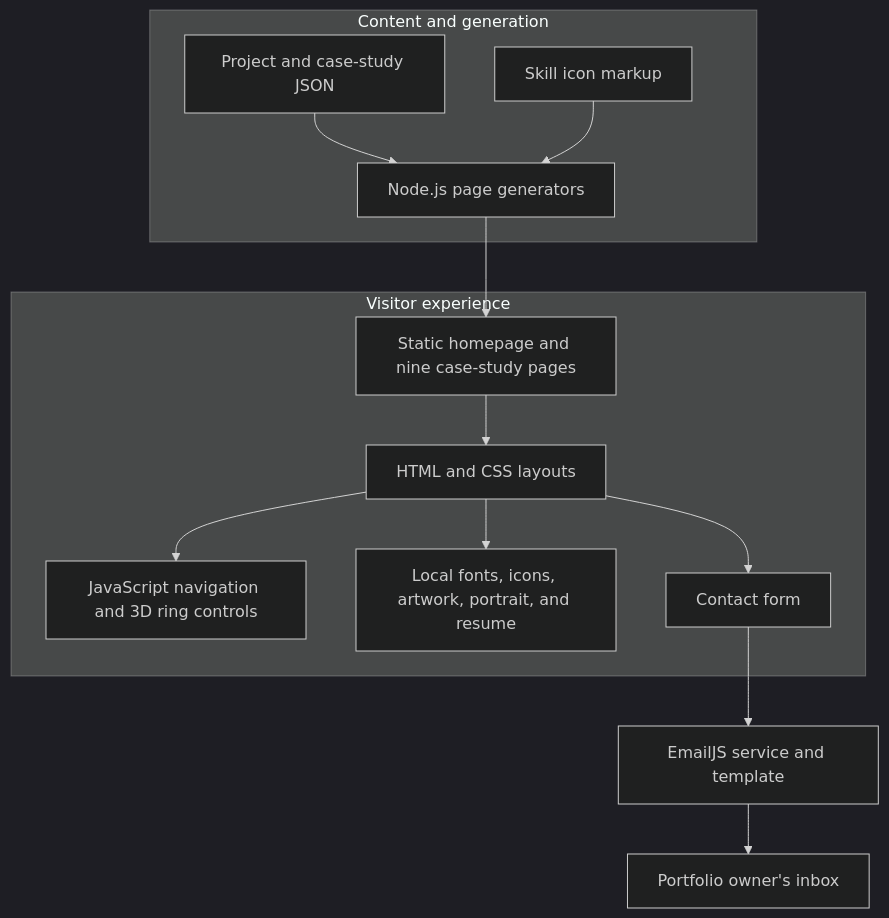
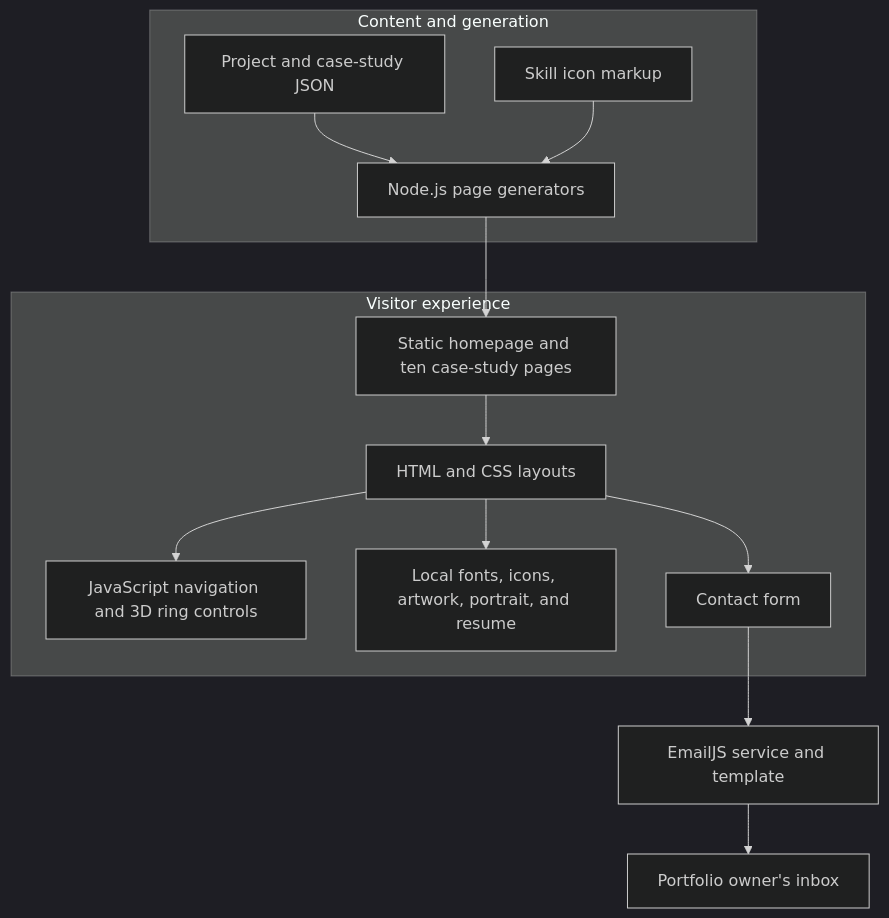
One commit to devendrarajsingh07/Dev-portfolio changed the diagram in README.md. Above: the diagram before and after it, drawn with Mermaid (dark theme). The commit also changed other lines of this file and 19 other files, not shown here.

````diff
--- a/README.md
+++ b/README.md
@@ -92,22 +93,22 @@
 ```mermaid
 flowchart TB
     subgraph Authoring[Content and generation]
         DATA[Project and case-study JSON]
         SKILLS[Skill icon markup]
         BUILD[Node.js page generators]
         DATA --> BUILD
         SKILLS --> BUILD
     end
 
-    BUILD --> PAGES[Static homepage and nine case-study pages]
+    BUILD --> PAGES[Static homepage and ten case-study pages]
 
     subgraph Browser[Visitor experience]
         PAGES --> UI[HTML and CSS layouts]
         UI --> MOTION[JavaScript navigation and 3D ring controls]
         UI --> ASSETS[Local fonts, icons, artwork, portrait, and resume]
         UI --> FORM[Contact form]
     end
 
     FORM --> EMAILJS[EmailJS service and template]
     EMAILJS --> INBOX[Portfolio owner's inbox]
 ```
````
